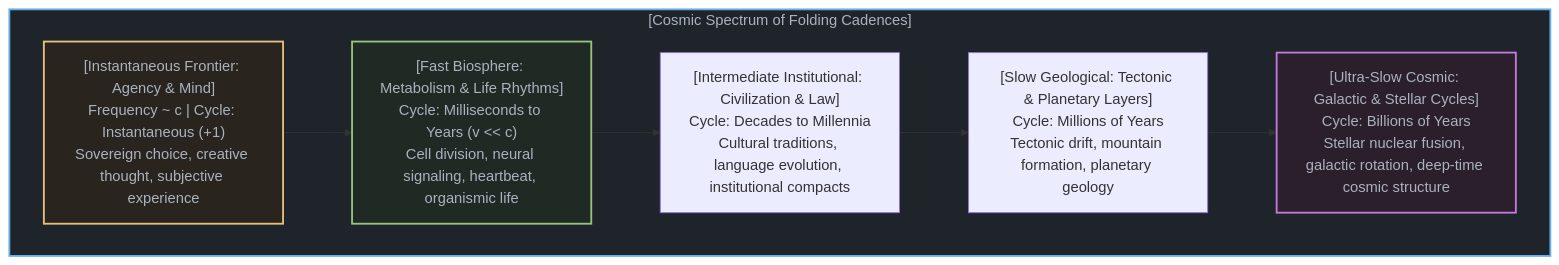
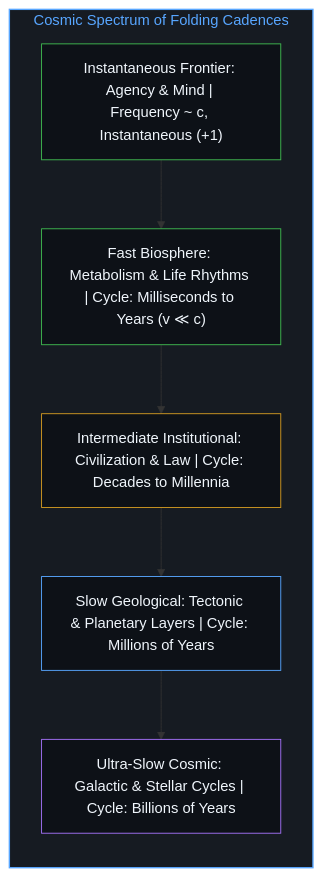
The tenth of 10 diagrams in content/posts/the-velocity-of-visibility.md (powerpig99/not-a-toe), drawn with Mermaid before and after one commit. The commit also changed other lines of this file and 23 other files, not shown here.

````diff
--- a/content/posts/the-velocity-of-visibility.md
+++ b/content/posts/the-velocity-of-visibility.md
@@ -378,20 +323,19 @@
 ```mermaid
-graph TB
-    subgraph FrequencySpectrum["[Cosmic Spectrum of Folding Cadences]"]
-        MindBand["[Instantaneous Frontier: Agency & Mind]<br>Frequency ~ c | Cycle: Instantaneous (+1)<br>Sovereign choice, creative thought, subjective experience"]
-        BioBand["[Fast Biosphere: Metabolism & Life Rhythms]<br>Cycle: Milliseconds to Years (v << c)<br>Cell division, neural signaling, heartbeat, organismic life"]
-        InstBand["[Intermediate Institutional: Civilization & Law]<br>Cycle: Decades to Millennia<br>Cultural traditions, language evolution, institutional compacts"]
-        GeoBand["[Slow Geological: Tectonic & Planetary Layers]<br>Cycle: Millions of Years<br>Tectonic drift, mountain formation, planetary geology"]
-        CosmicBand["[Ultra-Slow Cosmic: Galactic & Stellar Cycles]<br>Cycle: Billions of Years<br>Stellar nuclear fusion, galactic rotation, deep-time cosmic structure"]
-
-        MindBand --> BioBand
-        BioBand --> InstBand
-        InstBand --> GeoBand
-        GeoBand --> CosmicBand
+flowchart TD
+    subgraph S_Spectrum["Cosmic Spectrum of Folding Cadences"]
+        direction TB
+        MindBand["Instantaneous Frontier: Agency & Mind | Frequency ~ c, Instantaneous (+1)"]
+        BioBand["Fast Biosphere: Metabolism & Life Rhythms | Cycle: Milliseconds to Years (v ≪ c)"]
+        InstBand["Intermediate Institutional: Civilization & Law | Cycle: Decades to Millennia"]
+        GeoBand["Slow Geological: Tectonic & Planetary Layers | Cycle: Millions of Years"]
+        CosmicBand["Ultra-Slow Cosmic: Galactic & Stellar Cycles | Cycle: Billions of Years"]
+        MindBand --> BioBand --> InstBand --> GeoBand --> CosmicBand
     end
 
-    style FrequencySpectrum fill:#1f242a,stroke:#61afef,stroke-width:2px,color:#abb2bf
-    style MindBand fill:#2a241f,stroke:#e5c07b,stroke-width:2px,color:#abb2bf
-    style BioBand fill:#1f2a24,stroke:#98c379,stroke-width:2px,color:#abb2bf
-    style CosmicBand fill:#2a1f2a,stroke:#c678dd,stroke-width:2px,color:#abb2bf
+    style S_Spectrum fill:#161b22,stroke:#58a6ff,stroke-width:1.5px,color:#58a6ff
+    style MindBand fill:#0d1117,stroke:#3fb950,stroke-width:1px,color:#f0f6fc
+    style BioBand fill:#0d1117,stroke:#3fb950,stroke-width:1px,color:#f0f6fc
+    style InstBand fill:#0d1117,stroke:#d29922,stroke-width:1px,color:#f0f6fc
+    style GeoBand fill:#0d1117,stroke:#58a6ff,stroke-width:1px,color:#f0f6fc
+    style CosmicBand fill:#0d1117,stroke:#a371f7,stroke-width:1px,color:#f0f6fc
 ```
````
